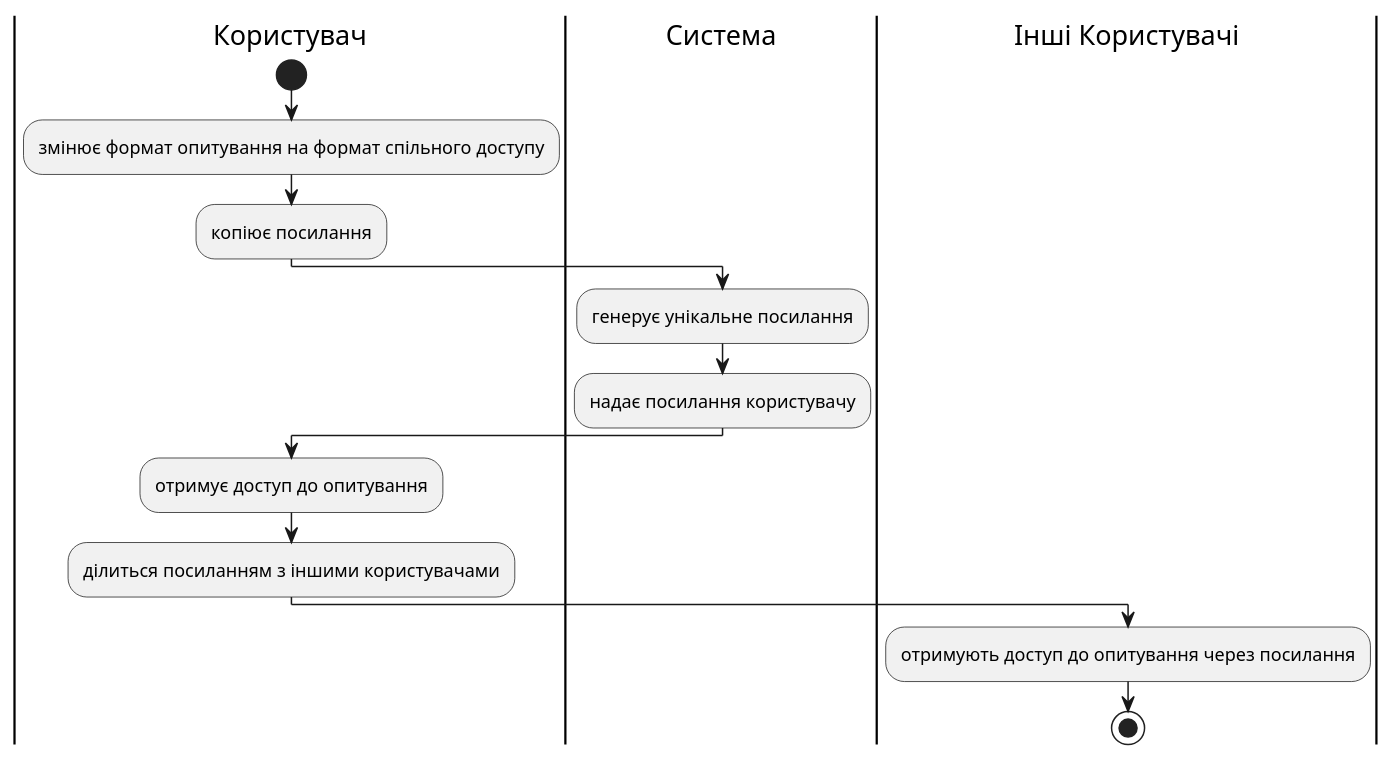
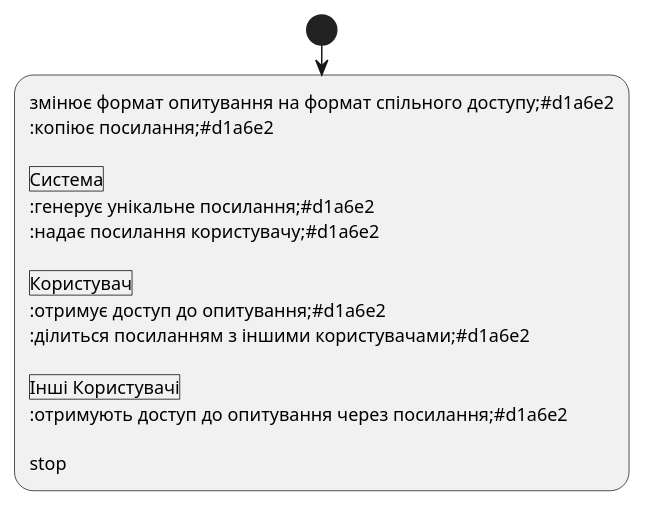
One commit to sunnytea0/db_labs_my changed the second of 3 diagrams in docs/use cases/README.md. Above: the diagram before and after it, drawn with PlantUML. The commit also changed other lines of this file, not shown here.

```diff
--- a/docs/use cases/README.md
+++ b/docs/use cases/README.md
@@ -172,21 +172,21 @@
 @startuml
 
     |Користувач|
     start;
-    :змінює формат опитування на формат спільного доступу;
-    :копіює посилання;
+    :змінює формат опитування на формат спільного доступу;#d1a6e2
+    :копіює посилання;#d1a6e2
 
     |Система|
-    :генерує унікальне посилання;
-    :надає посилання користувачу;
+    :генерує унікальне посилання;#d1a6e2
+    :надає посилання користувачу;#d1a6e2
 
     |Користувач|
-    :отримує доступ до опитування;
-    :ділиться посиланням з іншими користувачами;
+    :отримує доступ до опитування;#d1a6e2
+    :ділиться посиланням з іншими користувачами;#d1a6e2
 
     |Інші Користувачі|
-    :отримують доступ до опитування через посилання;
+    :отримують доступ до опитування через посилання;#d1a6e2
     
     stop;
 
 @enduml
```
